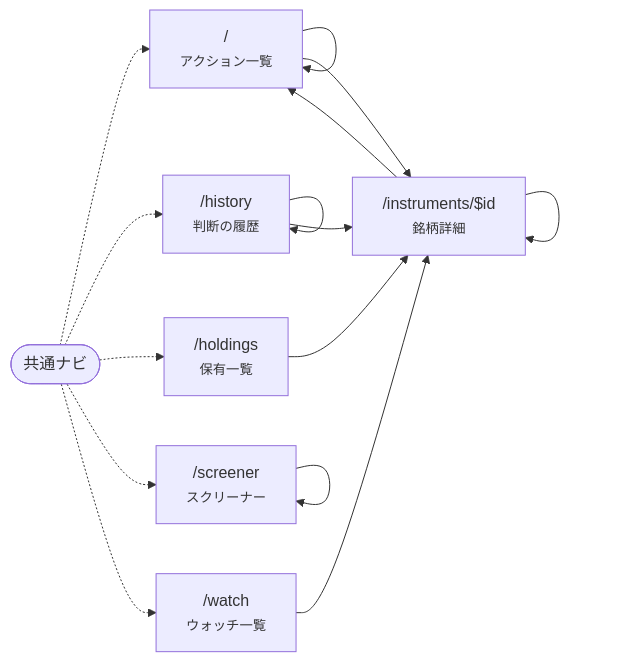
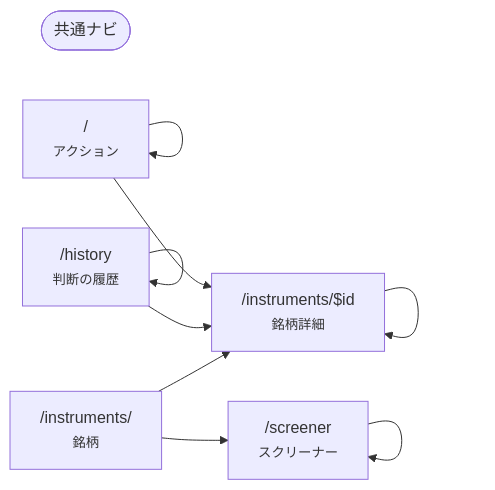
The diagram in docs/screens.md (itinao/trading-tools), drawn with Mermaid before and after one commit. The commit also changed other lines of this file and 47 other files, not shown here.

````diff
--- a/docs/screens.md
+++ b/docs/screens.md
@@ -19,24 +18,17 @@
 ```mermaid
 flowchart LR
     NAV(["共通ナビ"])
-    R_["/<br><small>アクション一覧</small>"]
+    R_["/<br><small>アクション</small>"]
     R_history["/history<br><small>判断の履歴</small>"]
-    R_holdings["/holdings<br><small>保有一覧</small>"]
+    R_instruments_["/instruments/<br><small>銘柄</small>"]
     R_instruments__id["/instruments/$id<br><small>銘柄詳細</small>"]
     R_screener["/screener<br><small>スクリーナー</small>"]
-    R_watch["/watch<br><small>ウォッチ一覧</small>"]
-    NAV -.-> R_
-    NAV -.-> R_history
-    NAV -.-> R_holdings
-    NAV -.-> R_screener
-    NAV -.-> R_watch
     R_ --> R_
     R_ --> R_instruments__id
     R_history --> R_history
     R_history --> R_instruments__id
-    R_holdings --> R_instruments__id
-    R_instruments__id --> R_
+    R_instruments_ --> R_instruments__id
+    R_instruments_ --> R_screener
     R_instruments__id --> R_instruments__id
     R_screener --> R_screener
-    R_watch --> R_instruments__id
 ```
````
